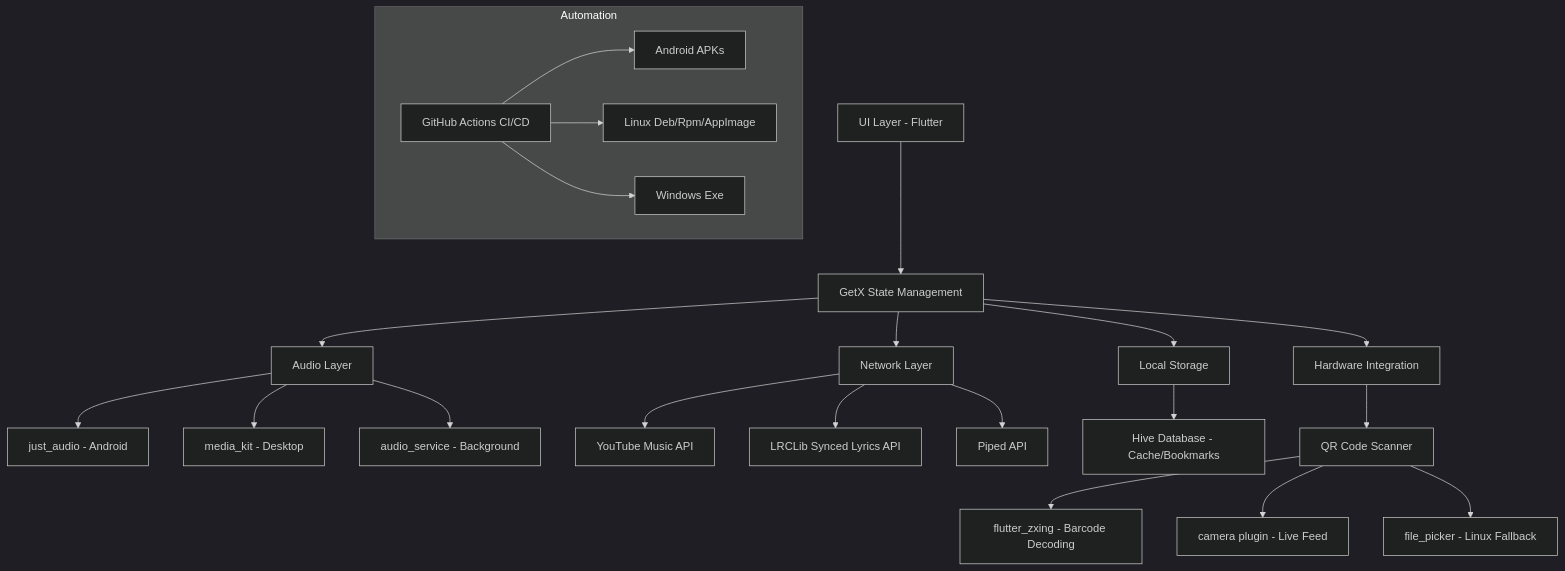
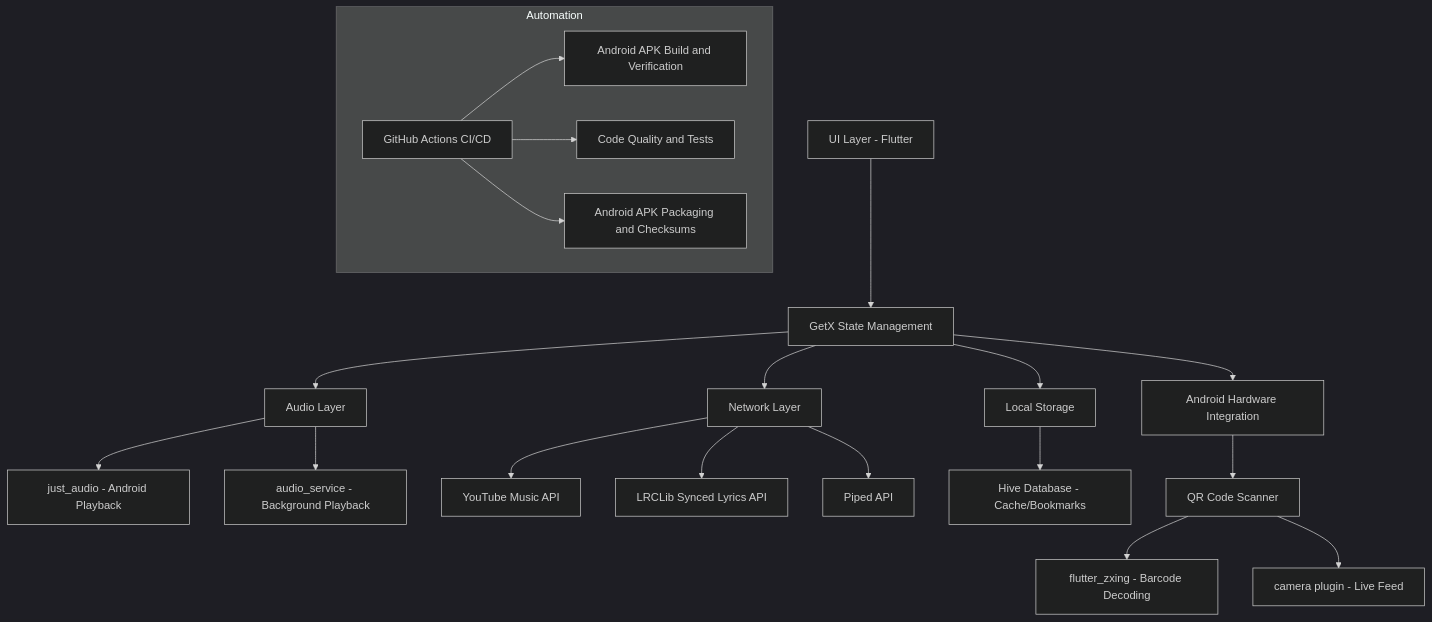
The diagram in README.md (squiraldot/CoreMuzii), drawn with Mermaid (dark theme) before and after one commit. The commit also changed other lines of this file, not shown here.

Commit message:
docs: update README for Android-only app

````diff
--- a/README.md
+++ b/README.md
@@ -41,30 +41,28 @@
 ```mermaid
 graph TD
     UI[UI Layer - Flutter] --> GetX[GetX State Management]
-    
+
     GetX --> Audio[Audio Layer]
     GetX --> Network[Network Layer]
     GetX --> Storage[Local Storage]
-    GetX --> Hardware[Hardware Integration]
-    
-    Audio --> JustAudio[just_audio - Android]
-    Audio --> MediaKit[media_kit - Desktop]
-    Audio --> AudioService[audio_service - Background]
-    
+    GetX --> Hardware[Android Hardware Integration]
+
+    Audio --> JustAudio[just_audio - Android Playback]
+    Audio --> AudioService[audio_service - Background Playback]
+
     Network --> YTM[YouTube Music API]
     Network --> Lyrics[LRCLib Synced Lyrics API]
     Network --> Piped[Piped API]
-    
+
     Storage --> Hive[Hive Database - Cache/Bookmarks]
-    
+
     Hardware --> Scanner[QR Code Scanner]
     Scanner --> ZXing[flutter_zxing - Barcode Decoding]
     Scanner --> Camera[camera plugin - Live Feed]
-    Scanner --> FilePicker[file_picker - Linux Fallback]
-    
+
     subgraph Automation
-      CI[GitHub Actions CI/CD] --> APK[Android APKs]
-      CI --> LNX[Linux Deb/Rpm/AppImage]
-      CI --> WIN[Windows Exe]
+      CI[GitHub Actions CI/CD] --> APK[Android APK Build and Verification]
+      CI --> Quality[Code Quality and Tests]
+      CI --> Release[Android APK Packaging and Checksums]
     end
 ```
````
